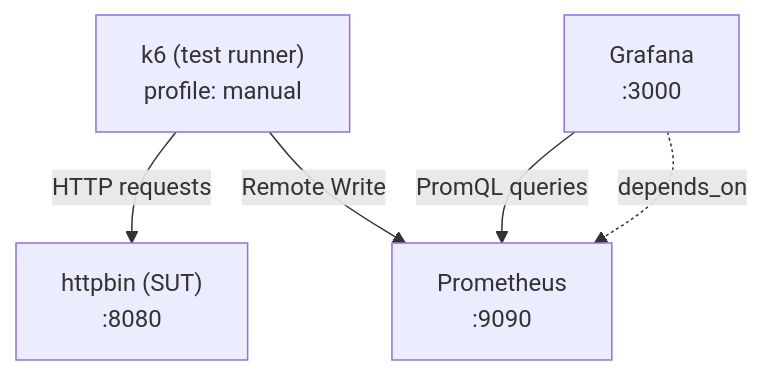
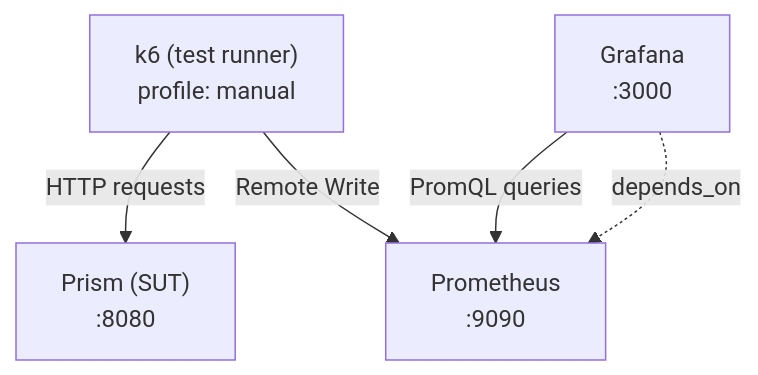
The diagram in docs/architecture.md (germanegomez/k6-performance), drawn with Mermaid before and after one commit. The commit also changed other lines of this file and 20 other files, not shown here.

First line of the commit message:
refactor: replace go-httpbin with Prism as the mock server in k6 performance testing suite

````diff
--- a/docs/architecture.md
+++ b/docs/architecture.md
@@ -104,7 +105,7 @@
 ```mermaid
 graph TD
-    k6["k6 (test runner)<br/>profile: manual"] -->|HTTP requests| httpbin["httpbin (SUT)<br/>:8080"]
+    k6["k6 (test runner)<br/>profile: manual"] -->|HTTP requests| prism["Prism (SUT)<br/>:8080"]
     k6 -->|Remote Write| prometheus["Prometheus<br/>:9090"]
     grafana["Grafana<br/>:3000"] -->|PromQL queries| prometheus
     grafana -.->|depends_on| prometheus
 ```
````
